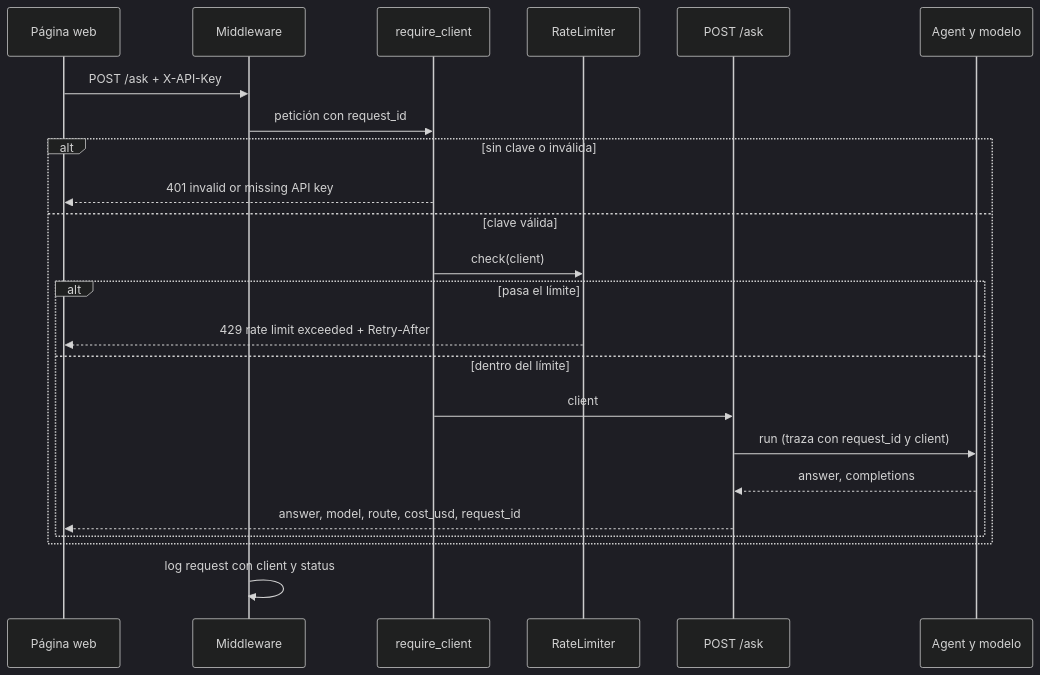
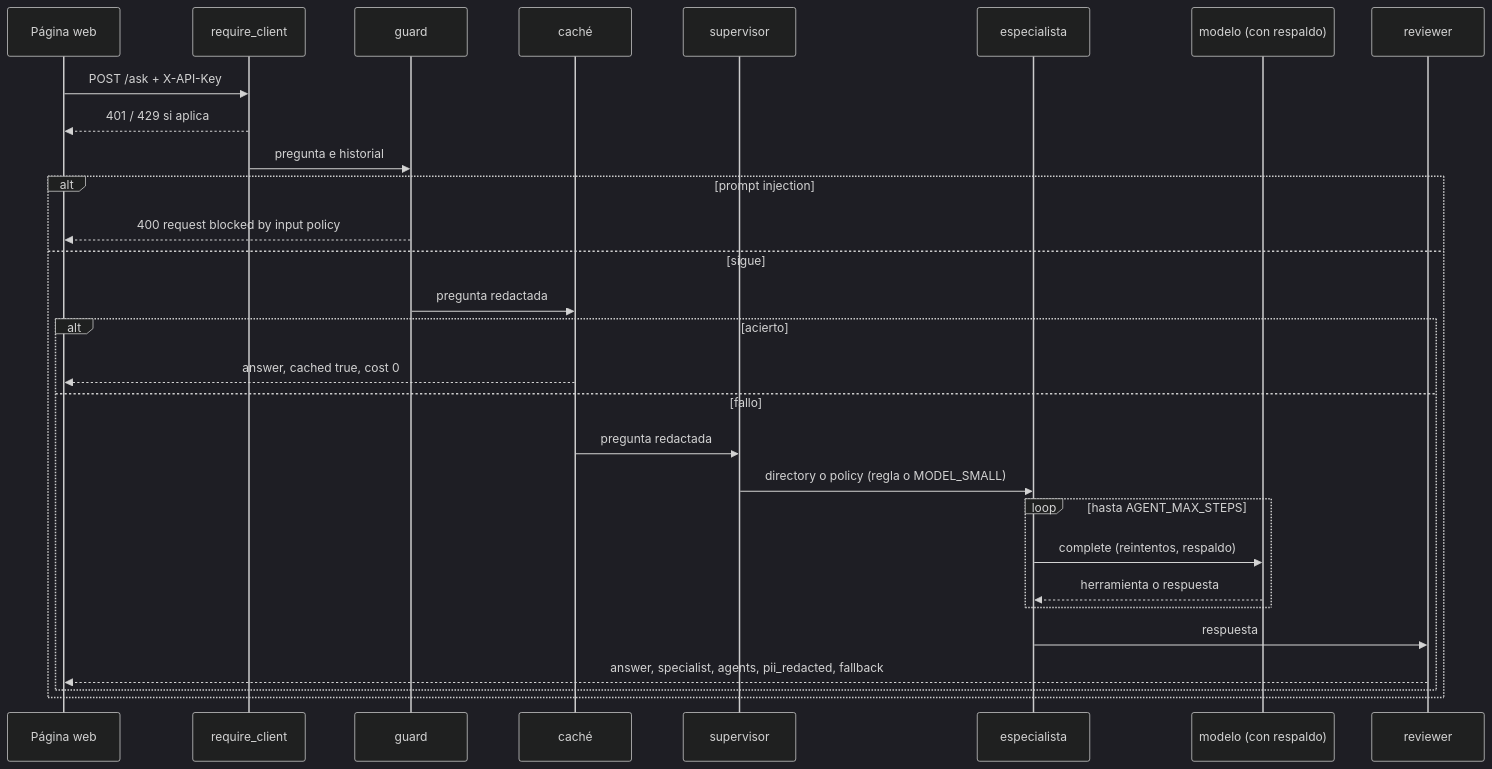
Before and after one commit to chavalalo/NextGenCode-M4: the third of 3 diagrams in product/doc/architecture.md, drawn with Mermaid (dark theme). The commit also changed other lines of this file and 4 other files, not shown here.

Commit message:
Reto M4: plan del architect y ADR 0013-0015 (aprobado por la persona)

````diff
--- a/product/doc/architecture.md
+++ b/product/doc/architecture.md
@@ -84,25 +101,31 @@
 ```mermaid
 sequenceDiagram
     participant W as Página web
-    participant MW as Middleware
-    participant AU as require_client
-    participant RL as RateLimiter
-    participant A as POST /ask
-    participant G as Agent y modelo
-    W->>MW: POST /ask + X-API-Key
-    MW->>AU: petición con request_id
-    alt sin clave o inválida
-        AU-->>W: 401 invalid or missing API key
-    else clave válida
-        AU->>RL: check(client)
-        alt pasa el límite
-            RL-->>W: 429 rate limit exceeded + Retry-After
-        else dentro del límite
-            AU->>A: client
-            A->>G: run (traza con request_id y client)
-            G-->>A: answer, completions
-            A-->>W: answer, model, route, cost_usd, request_id
+    participant A as require_client
+    participant G as guard
+    participant C as caché
+    participant S as supervisor
+    participant E as especialista
+    participant M as modelo (con respaldo)
+    participant R as reviewer
+    W->>A: POST /ask + X-API-Key
+    A-->>W: 401 / 429 si aplica
+    A->>G: pregunta e historial
+    alt prompt injection
+        G-->>W: 400 request blocked by input policy
+    else sigue
+        G->>C: pregunta redactada
+        alt acierto
+            C-->>W: answer, cached true, cost 0
+        else fallo
+            C->>S: pregunta redactada
+            S->>E: directory o policy (regla o MODEL_SMALL)
+            loop hasta AGENT_MAX_STEPS
+                E->>M: complete (reintentos, respaldo)
+                M-->>E: herramienta o respuesta
+            end
+            E->>R: respuesta
+            R-->>W: answer, specialist, agents, pii_redacted, fallback
         end
     end
-    MW->>MW: log request con client y status
 ```
````
